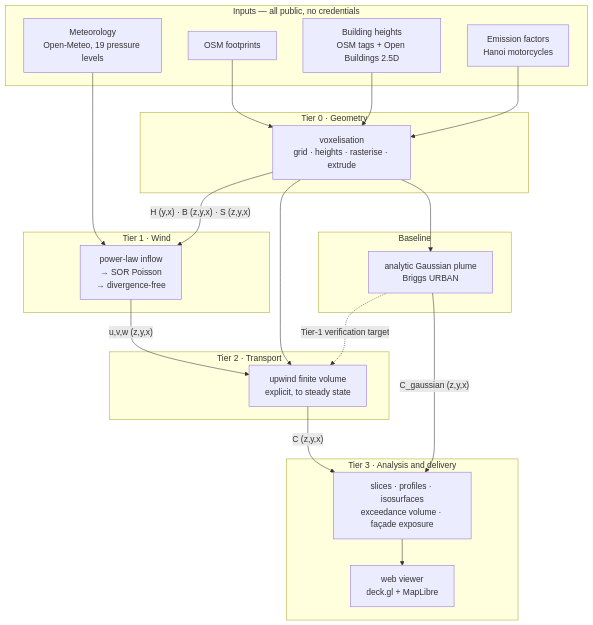
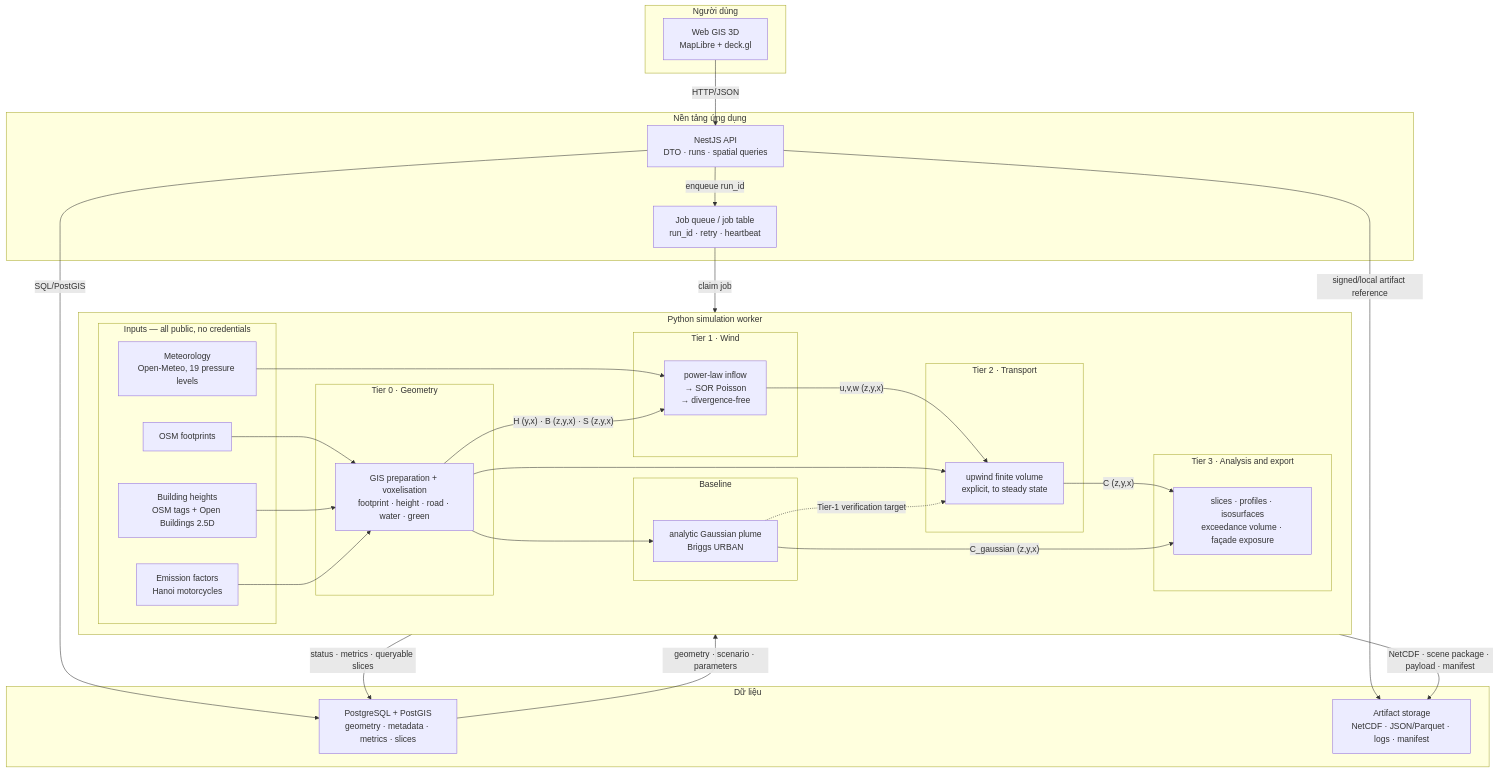
The diagram in docs/ARCHITECTURE.md (TamNgx179/IE402_Voxel-air-dispersion), drawn with Mermaid before and after one commit. The commit also changed other lines of this file and 8 other files, not shown here.

````diff
--- a/docs/ARCHITECTURE.md
+++ b/docs/ARCHITECTURE.md
@@ -14,43 +12,66 @@
 ```mermaid
 flowchart TB
+    subgraph USERS["Người dùng"]
+        WEB["Web GIS 3D<br/>MapLibre + deck.gl"]
+    end
+
+    subgraph PLATFORM["Nền tảng ứng dụng"]
+        API["NestJS API<br/>DTO · runs · spatial queries"]
+        JOB["Job queue / job table<br/>run_id · retry · heartbeat"]
+    end
+
+    subgraph DATA["Dữ liệu"]
+        PG["PostgreSQL + PostGIS<br/>geometry · metadata · metrics · slices"]
+        ART["Artifact storage<br/>NetCDF · JSON/Parquet · logs · manifest"]
+    end
+
+    subgraph SIM["Python simulation worker"]
     subgraph IN["Inputs — all public, no credentials"]
         OSM["OSM footprints"]
         HGT["Building heights<br/>OSM tags + Open Buildings 2.5D"]
         MET["Meteorology<br/>Open-Meteo, 19 pressure levels"]
         EF["Emission factors<br/>Hanoi motorcycles"]
     end
 
     subgraph T0["Tier 0 · Geometry"]
-        VOX["voxelisation<br/>grid · heights · rasterise · extrude"]
+        VOX["GIS preparation + voxelisation<br/>footprint · height · road · water · green"]
     end
 
     subgraph T1["Tier 1 · Wind"]
         WIND["power-law inflow<br/>→ SOR Poisson<br/>→ divergence-free"]
     end
 
     subgraph T2["Tier 2 · Transport"]
         TR["upwind finite volume<br/>explicit, to steady state"]
     end
 
     subgraph BASE["Baseline"]
         GAU["analytic Gaussian plume<br/>Briggs URBAN"]
     end
 
-    subgraph T3["Tier 3 · Analysis and delivery"]
+    subgraph T3["Tier 3 · Analysis and export"]
         AN["slices · profiles · isosurfaces<br/>exceedance volume · façade exposure"]
-        WEB["web viewer<br/>deck.gl + MapLibre"]
     end
 
     OSM --> VOX
     HGT --> VOX
     EF --> VOX
     MET --> WIND
     VOX -->|"H (y,x) · B (z,y,x) · S (z,y,x)"| WIND
     VOX --> GAU
     WIND -->|"u,v,w (z,y,x)"| TR
     VOX --> TR
     TR -->|"C (z,y,x)"| AN
     GAU -->|"C_gaussian (z,y,x)"| AN
     GAU -.->|"Tier-1 verification target"| TR
-    AN --> WEB
+    end
+
+    WEB -->|"HTTP/JSON"| API
+    API -->|"SQL/PostGIS"| PG
+    API -->|"enqueue run_id"| JOB
+    JOB -->|"claim job"| SIM
+    PG -->|"geometry · scenario · parameters"| SIM
+    SIM -->|"status · metrics · queryable slices"| PG
+    SIM -->|"NetCDF · scene package · payload · manifest"| ART
+    API -->|"signed/local artifact reference"| ART
 ```
````
